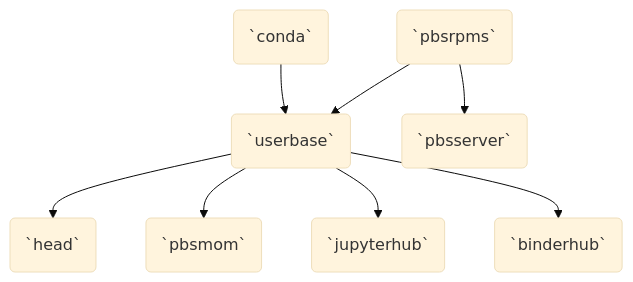
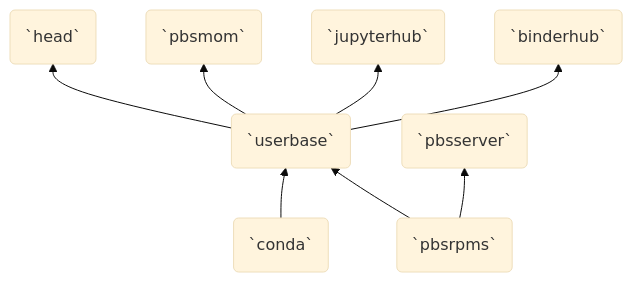
The diagram in images/README.md (ncar-xdev/hpcbinderhub), drawn with Mermaid (base theme) before and after one commit.

Commit message:
Change direction

````diff
--- a/images/README.md
+++ b/images/README.md
@@ -10,10 +10,10 @@
 ```mermaid
-graph TD;
+graph BT;
     A(`conda`) --> B(`userbase`);
     C(`pbsrpms`) --> B;
     C --> D(`pbsserver`);
     B --> E(`head`);
     B --> F(`pbsmom`);
     B --> G(`jupyterhub`);
     B --> H(`binderhub`);
 ```
````
